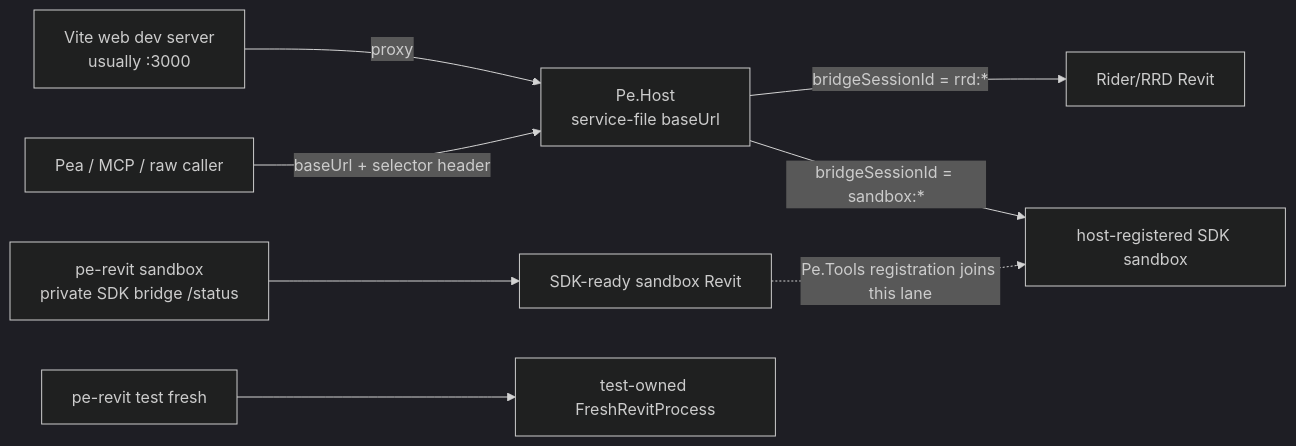
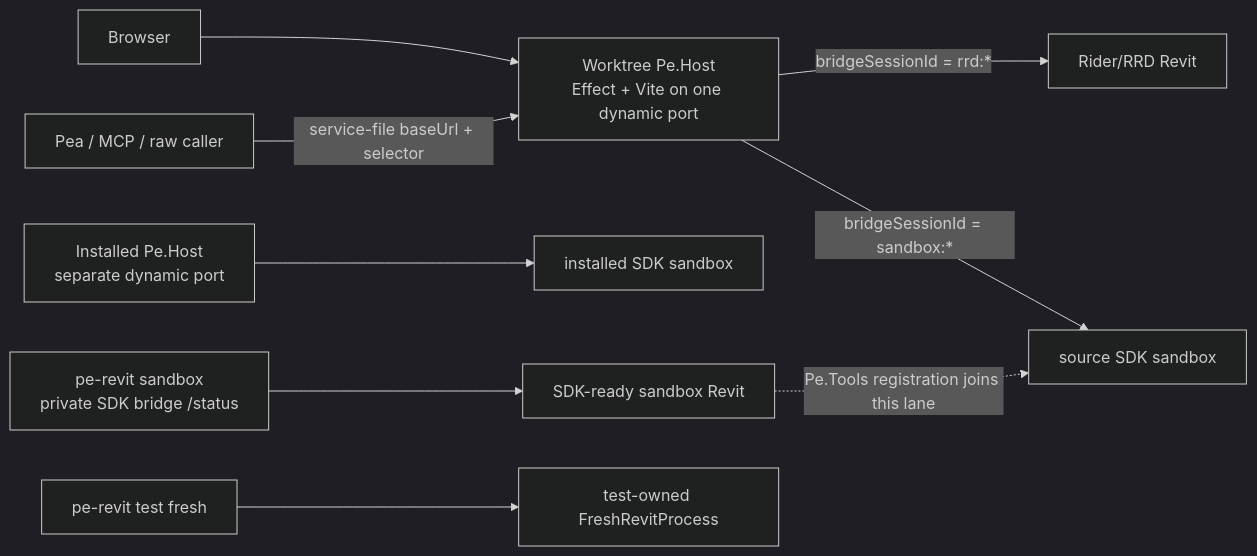
One commit to positive-energy-labs/Pe.Tools changed the diagram in docs/BUILD.md. Above: the diagram before and after it, drawn with Mermaid (dark theme). The commit also changed other lines of this file and 35 other files, not shown here.

Commit message:
feat: support worktree-scoped dynamic host takeover

````diff
--- a/docs/BUILD.md
+++ b/docs/BUILD.md
@@ -224,10 +224,11 @@
 ```mermaid
 flowchart LR
-  Web["Vite web dev server<br/>usually :3000"] -->|proxy| Host["Pe.Host<br/>service-file baseUrl"]
-  Pea["Pea / MCP / raw caller"] -->|baseUrl + selector header| Host
-  Host -->|bridgeSessionId = rrd:*| RRD["Rider/RRD Revit"]
-  Host -->|bridgeSessionId = sandbox:*| RoutedSandbox["host-registered SDK sandbox"]
+  Web["Browser"] --> SourceHost["Worktree Pe.Host<br/>Effect + Vite on one dynamic port"]
+  Pea["Pea / MCP / raw caller"] -->|service-file baseUrl + selector| SourceHost
+  SourceHost -->|bridgeSessionId = rrd:*| RRD["Rider/RRD Revit"]
+  SourceHost -->|bridgeSessionId = sandbox:*| RoutedSandbox["source SDK sandbox"]
+  InstalledHost["Installed Pe.Host<br/>separate dynamic port"] --> InstalledSandbox["installed SDK sandbox"]
   SDK["pe-revit sandbox<br/>private SDK bridge /status"] --> Sandbox["SDK-ready sandbox Revit"]
   Fresh["pe-revit test fresh"] --> FreshRevit["test-owned FreshRevitProcess"]
   Sandbox -. "Pe.Tools registration joins this lane" .-> RoutedSandbox
 ```
````
